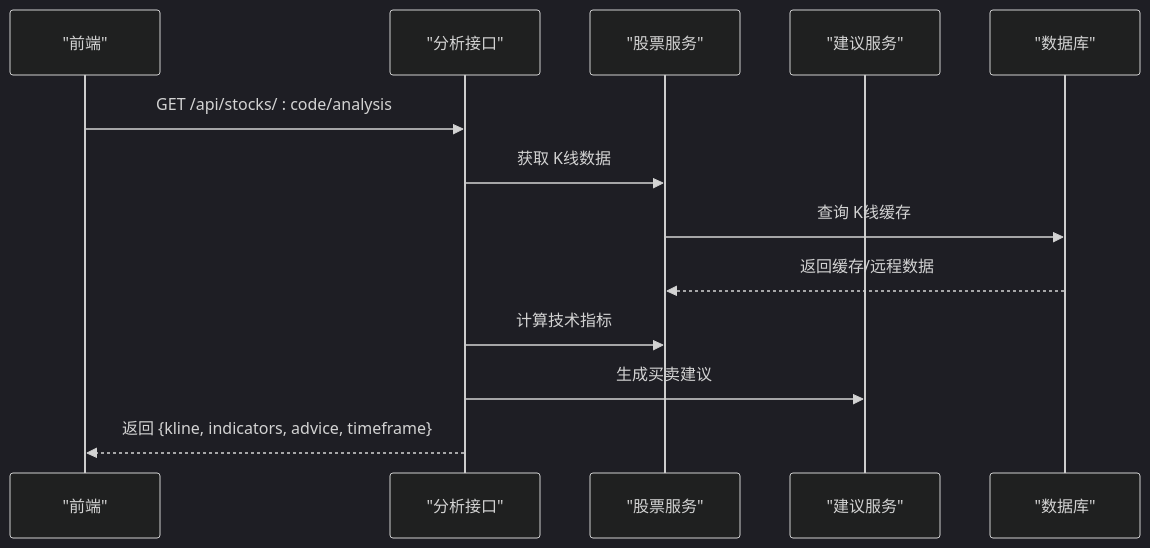
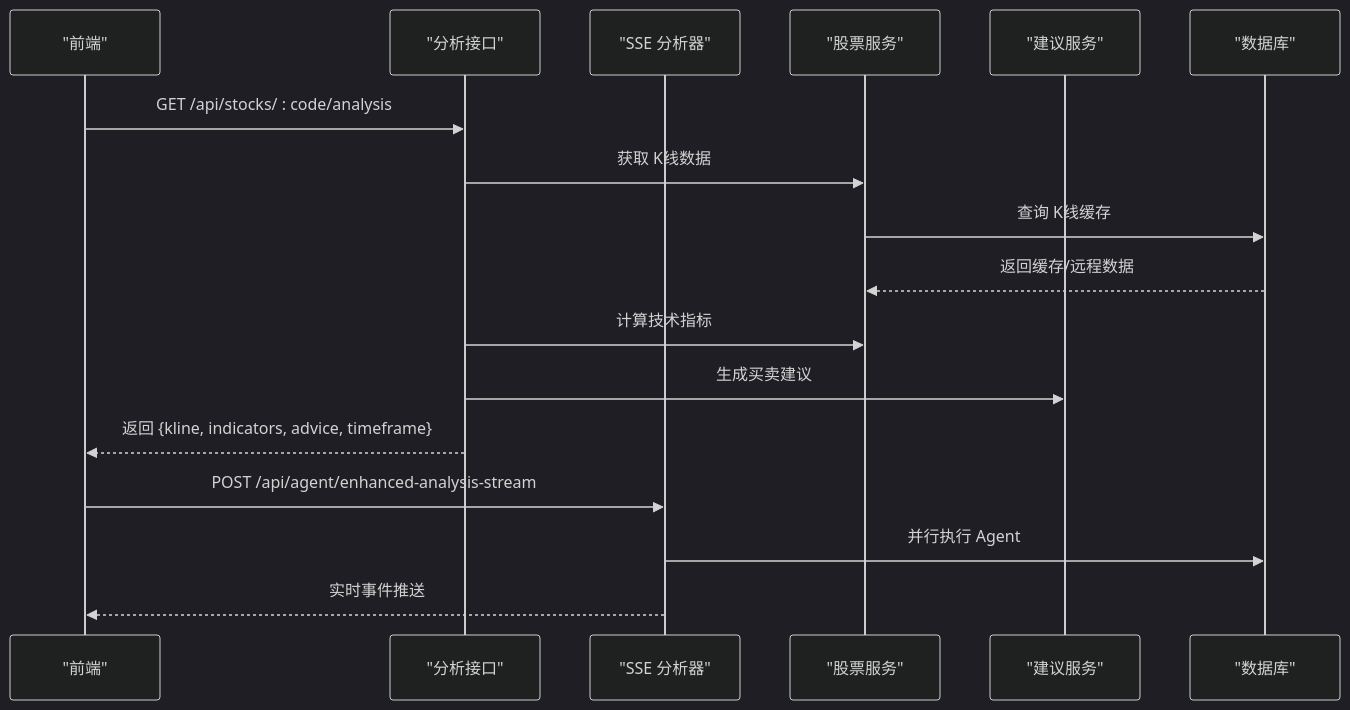
The fourth of 7 diagrams in .qoder/repowiki/zh/content/部署运维/性能优化.md (Moruime/stock_foker), drawn with Mermaid (dark theme) before and after one commit. The commit also changed other lines of this file and 16 other files, not shown here.

````diff
--- a/.qoder/repowiki/zh/content/部署运维/性能优化.md
+++ b/.qoder/repowiki/zh/content/部署运维/性能优化.md
@@ -235,15 +248,19 @@
 ```mermaid
 sequenceDiagram
 participant FE as "前端"
 participant API as "分析接口"
+participant SSE as "SSE 分析器"
 participant SVC as "股票服务"
 participant ADV as "建议服务"
 participant DB as "数据库"
 FE->>API : GET /api/stocks/ : code/analysis
 API->>SVC : 获取 K线数据
 SVC->>DB : 查询 K线缓存
 DB-->>SVC : 返回缓存/远程数据
 API->>SVC : 计算技术指标
 API->>ADV : 生成买卖建议
 API-->>FE : 返回 {kline, indicators, advice, timeframe}
+FE->>SSE : POST /api/agent/enhanced-analysis-stream
+SSE->>DB : 并行执行 Agent
+SSE-->>FE : 实时事件推送
 ```
````
